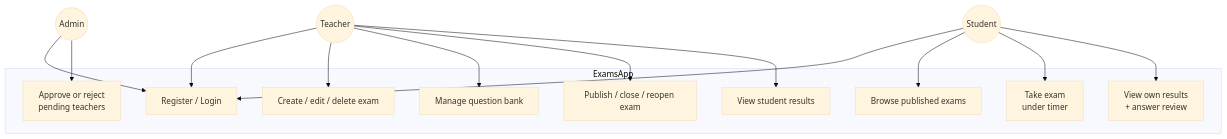
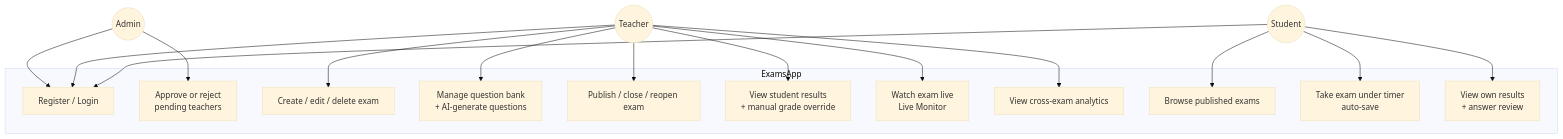
The fifth of 9 diagrams in docs/ARCHITECTURE.md (Hkuser18/FullStack_React), drawn with Mermaid (base theme) before and after one commit. The commit also changed other lines of this file and 3 other files, not shown here.

First line of the commit message:
Add final-submission documentation: architecture, API, and workflow docs

````diff
--- a/docs/ARCHITECTURE.md
+++ b/docs/ARCHITECTURE.md
@@ -84,32 +296,36 @@
 ```mermaid
 flowchart TB
     admin((Admin))
     teacher((Teacher))
     student((Student))
 
     subgraph System["ExamsApp"]
         UC1[Register / Login]
         UC2[Approve or reject\npending teachers]
         UC3[Create / edit / delete exam]
-        UC4[Manage question bank]
+        UC4[Manage question bank\n+ AI-generate questions]
         UC5[Publish / close / reopen exam]
-        UC6[View student results]
-        UC7[Browse published exams]
-        UC8[Take exam\nunder timer]
-        UC9[View own results\n+ answer review]
+        UC6[View student results\n+ manual grade override]
+        UC7[Watch exam live\nLive Monitor]
+        UC8[View cross-exam analytics]
+        UC9[Browse published exams]
+        UC10[Take exam under timer\nauto-save]
+        UC11[View own results\n+ answer review]
     end
 
     admin --> UC1
     admin --> UC2
 
     teacher --> UC1
     teacher --> UC3
     teacher --> UC4
     teacher --> UC5
     teacher --> UC6
+    teacher --> UC7
+    teacher --> UC8
 
     student --> UC1
-    student --> UC7
-    student --> UC8
     student --> UC9
+    student --> UC10
+    student --> UC11
 ```
````
